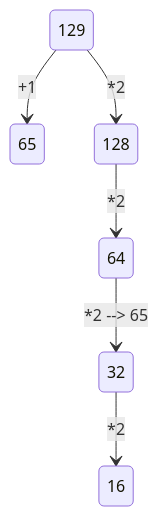
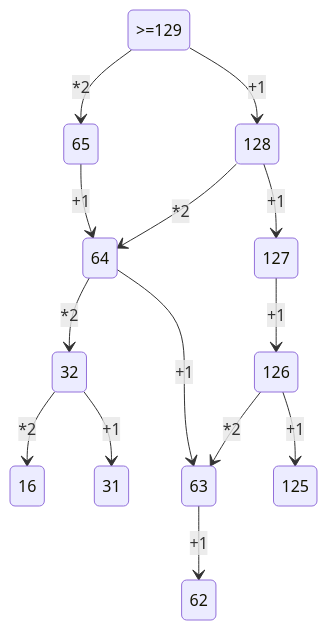
Before and after one commit to NikitaDavydov11/FirstRepository: the diagram in ЕГЭ.md, drawn with Mermaid. The commit also changed other lines of this file, not shown here.

````diff
--- a/ЕГЭ.md
+++ b/ЕГЭ.md
@@ -20,8 +20,17 @@
 ```mermaid
-stateDiagram-v2 
-    129 --> 128:*2
-    129 --> 65:+1
-    128 --> 64:*2
-    64 --> 32:*2 --> 65
-    32 --> 16:*2
+
+stateDiagram-v2
+    >=129 --> 128: +1
+    >=129 --> 65: *2
+    65 --> 64: +1
+    64 --> 63: +1
+    64 --> 32: *2
+    63 --> 62: +1
+    32 --> 16: *2
+    32 --> 31: +1
+    128 --> 64: *2
+    128 --> 127: +1
+    127 --> 126: +1
+    126 --> 63: *2
+    126 --> 125: +1
 ```
````
